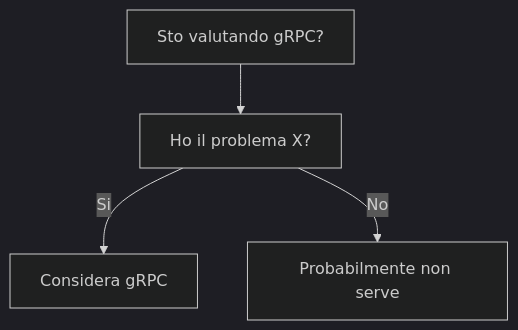
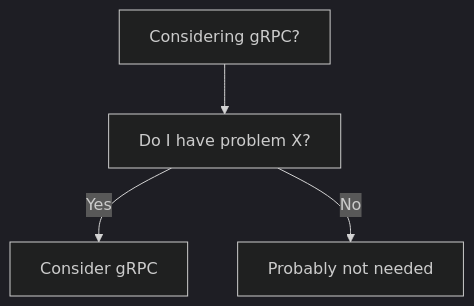
One commit to HxT9/Software-Dev-Wiki changed the diagram in dev-wiki/07_Networking/gRPC/When_To_Use.md. Above: the diagram before and after it, drawn with Mermaid (dark theme). The commit also changed other lines of this file and 3444 other files, not shown here.

````diff
--- a/dev-wiki/07_Networking/gRPC/When_To_Use.md
+++ b/dev-wiki/07_Networking/gRPC/When_To_Use.md
@@ -19,6 +19,6 @@
 ```mermaid
 flowchart TD
-  Q[Sto valutando gRPC?] --> Q1[Ho il problema X?]
-  Q1 -->|Si| OK[Considera gRPC]
-  Q1 -->|No| NO[Probabilmente non serve]
+  Q[Considering gRPC?] --> Q1[Do I have problem X?]
+  Q1 -->|Yes| OK[Consider gRPC]
+  Q1 -->|No| NO[Probably not needed]
 ```
````
